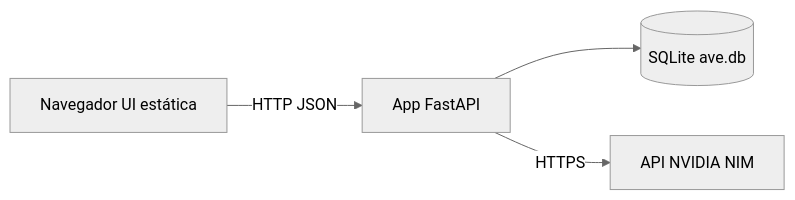
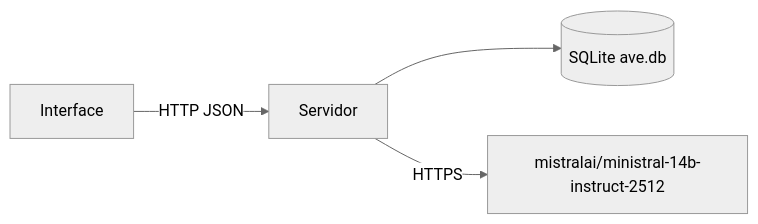
The diagram in README.md (agni000/ave), drawn with Mermaid (neutral theme) before and after one commit. The commit also changed other lines of this file, not shown here.

````diff
--- a/README.md
+++ b/README.md
@@ -36,11 +34,11 @@
 ```mermaid
 flowchart LR
-  Browser["Navegador UI estática"]
-  FastAPI["App FastAPI"]
+  Browser["Interface"]
+  FastAPI["Servidor"]
   SQLite[("SQLite ave.db")]
-  NIM["API NVIDIA NIM"]
+  Model["mistralai/ministral-14b-instruct-2512"]
 
   Browser -->|"HTTP JSON"| FastAPI
   FastAPI --> SQLite
-  FastAPI -->|HTTPS| NIM
+  FastAPI -->|HTTPS| Model
 ```
````
